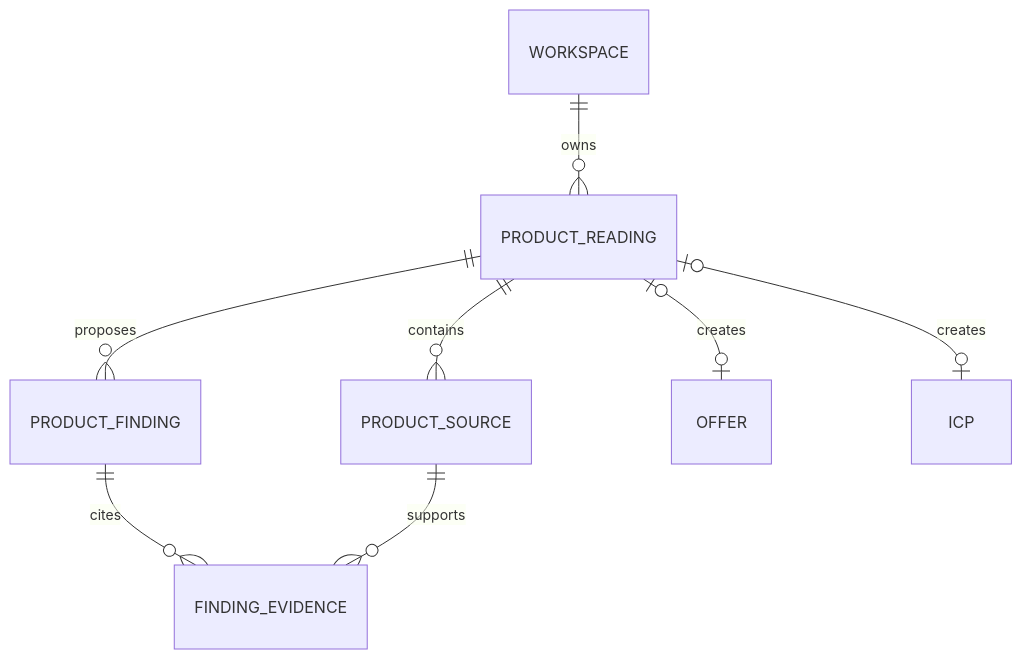
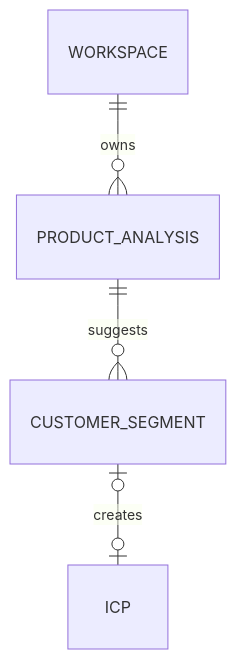
The diagram in docs/product/features/F-009-PRODUCT-READING-ICP.md (IgnitionAI/noosphere), drawn with Mermaid before and after one commit. The commit also changed other lines of this file and 16 other files, not shown here.

Commit message:
feat: prototype product ICP discovery

````diff
--- a/docs/product/features/F-009-PRODUCT-READING-ICP.md
+++ b/docs/product/features/F-009-PRODUCT-READING-ICP.md
@@ -222,10 +174,6 @@
 ```mermaid
 erDiagram
-    WORKSPACE ||--o{ PRODUCT_READING : owns
-    PRODUCT_READING ||--o{ PRODUCT_SOURCE : contains
-    PRODUCT_READING ||--o{ PRODUCT_FINDING : proposes
-    PRODUCT_FINDING ||--o{ FINDING_EVIDENCE : cites
-    PRODUCT_SOURCE ||--o{ FINDING_EVIDENCE : supports
-    PRODUCT_READING o|--o| OFFER : creates
-    PRODUCT_READING o|--o| ICP : creates
+    WORKSPACE ||--o{ PRODUCT_ANALYSIS : owns
+    PRODUCT_ANALYSIS ||--o{ CUSTOMER_SEGMENT : suggests
+    CUSTOMER_SEGMENT o|--o| ICP : creates
 ```
````
